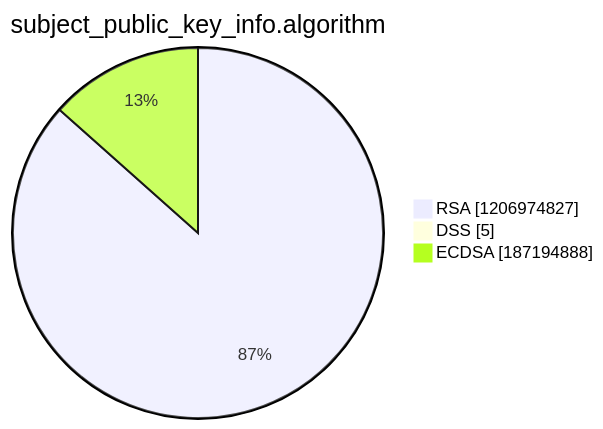
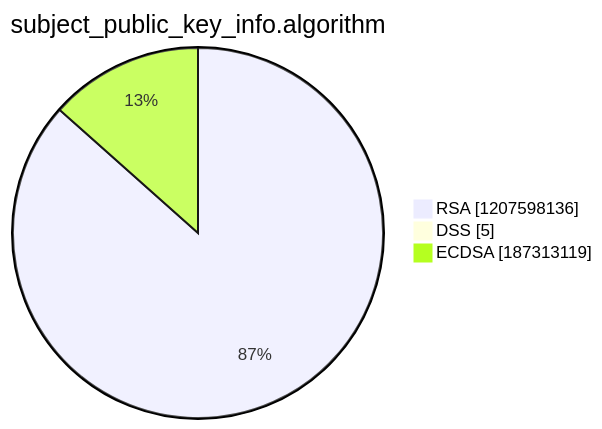
The third of 15 diagrams in argon2022/README.md (christiankrug/ctmonitor_visualization), drawn with Mermaid before and after one commit. The commit also changed other lines of this file, not shown here.

````diff
--- a/argon2022/README.md
+++ b/argon2022/README.md
@@ -14,7 +14,7 @@
 ```mermaid
 pie showData
 title subject_public_key_info.algorithm
-"RSA" :1206974827
+"RSA" :1207598136
 "DSS" :5
-"ECDSA" :187194888
+"ECDSA" :187313119
 ```
````
